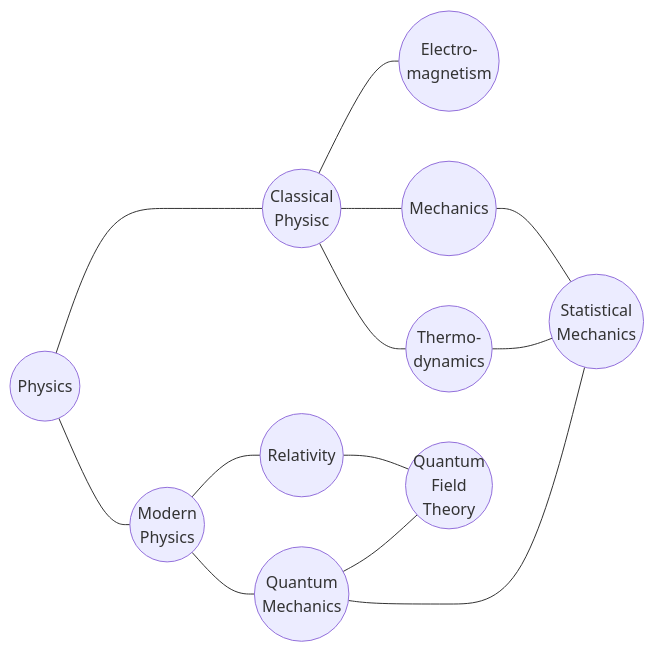
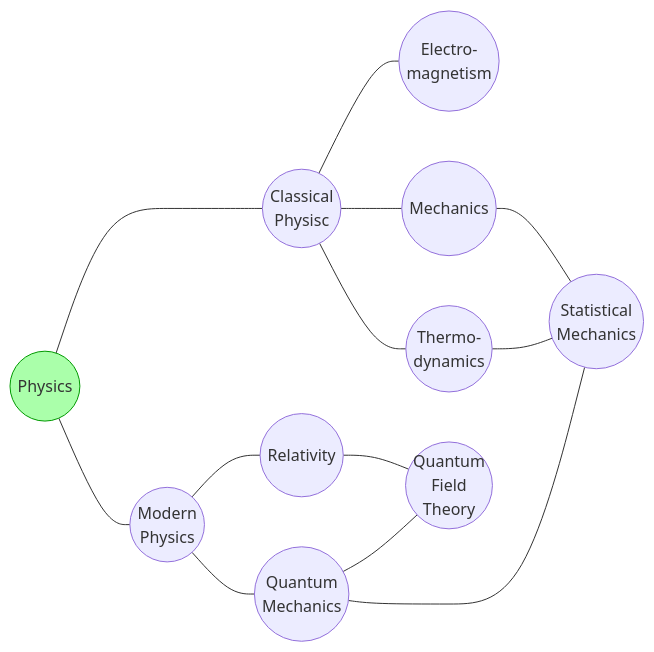
One commit to dudung/moparc changed the diagram in maps/phys/README.md. Above: the diagram before and after it, drawn with Mermaid. The commit also changed 1 other file, not shown here.

Commit message:
update with style

````diff
--- a/maps/phys/README.md
+++ b/maps/phys/README.md
@@ -4,24 +4,26 @@
 ```mermaid
 flowchart LR
   %% links
   phys --- clas & mode
   clas --- elem & mech & ther
   mode --- rela & quan --- qfth
   mech & ther --- stat
   quan ---- stat
   %% elements
   phys(( Physics ))
   clas(( Classical<br>Physisc ))
     mech(( Mechanics ))
     ther(( Thermo-<br>dynamics ))
     elem(( Electro-<br>magnetism ))
   mode(( Modern<br>Physics ))
     rela(( Relativity ))
     quan(( Quantum<br>Mechanics ))
     qfth(( Quantum<br>Field<br>Theory))
   stat(( Statistical<br>Mechanics ))
   %% pages
   click phys "https://github.com/dudung/moparc/tree/main/maps" _self
   click mech "https://github.com/dudung/moparc/tree/main/maps/phys/mech" _self
   %% styles
+  classDef prev fill:#afa,stroke:#090,stroke-width:1px;
+  class phys prev;
 ```
````
